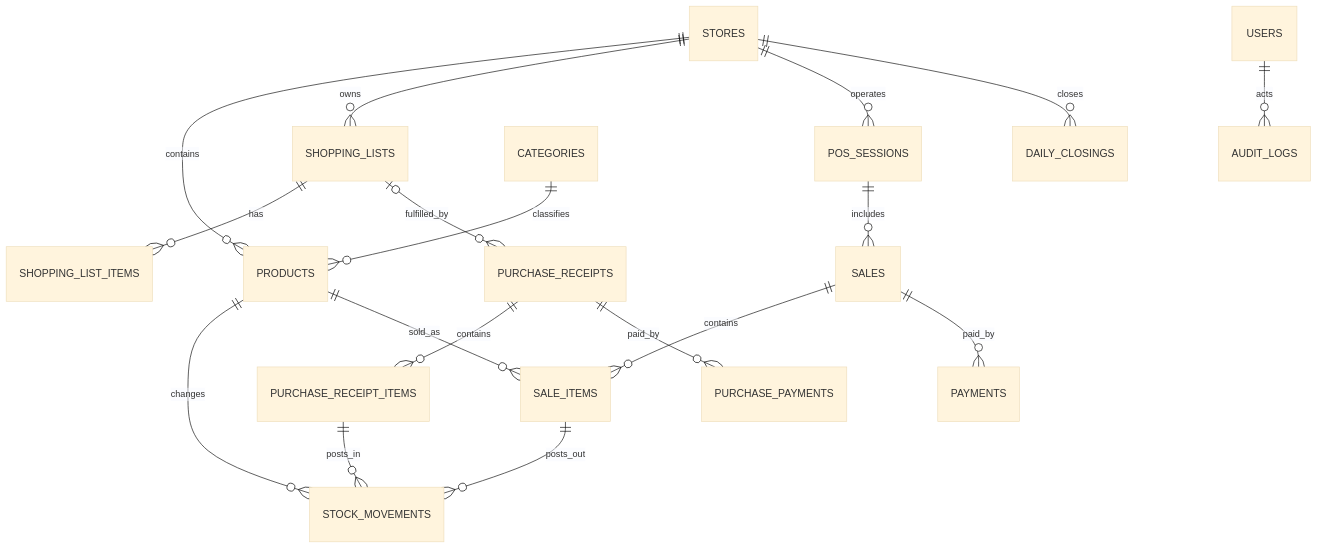
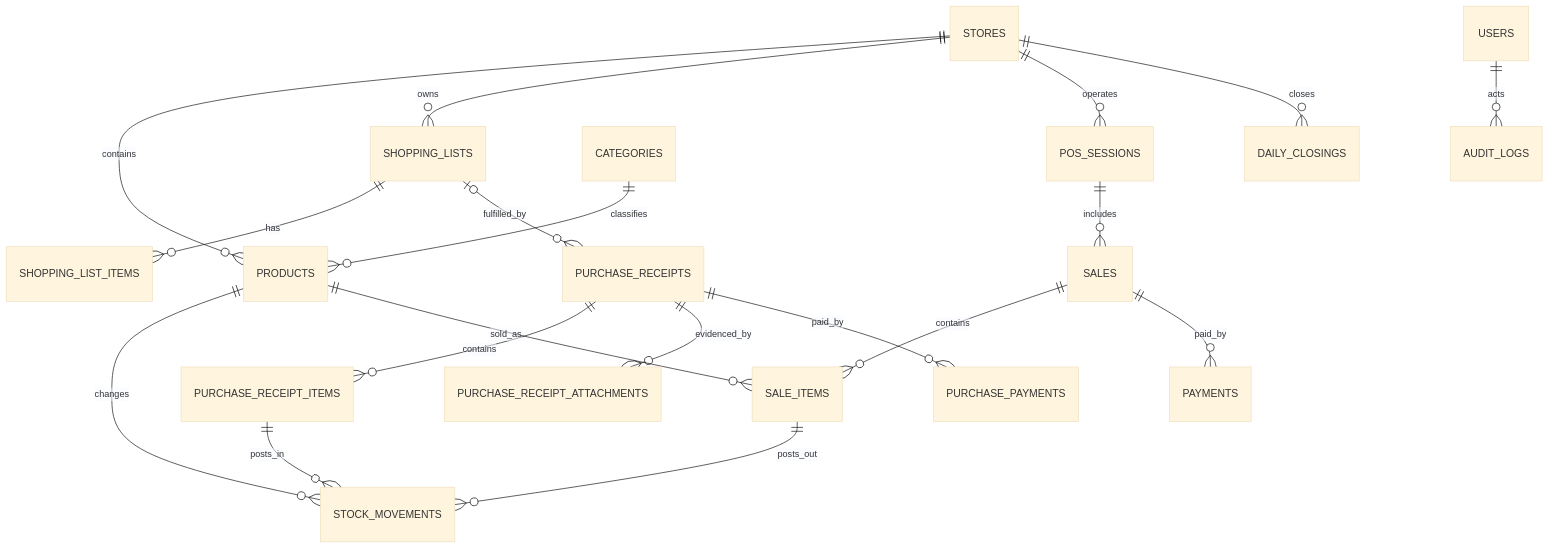
One commit to xpasqa/erp-warandunk changed the diagram in docs/prd/07-data-model.md. Above: the diagram before and after it, drawn with Mermaid (base theme). The commit also changed other lines of this file and 11 other files, not shown here.

Commit message:
docs(prd): update cashier purchase entry, mandatory receipt and approval workflow

````diff
--- a/docs/prd/07-data-model.md
+++ b/docs/prd/07-data-model.md
@@ -46,20 +47,21 @@
 ```mermaid
 erDiagram
     STORES ||--o{ PRODUCTS : contains
     STORES ||--o{ SHOPPING_LISTS : owns
     STORES ||--o{ POS_SESSIONS : operates
     CATEGORIES ||--o{ PRODUCTS : classifies
     SHOPPING_LISTS ||--o{ SHOPPING_LIST_ITEMS : has
     SHOPPING_LISTS o|--o{ PURCHASE_RECEIPTS : fulfilled_by
     PURCHASE_RECEIPTS ||--o{ PURCHASE_RECEIPT_ITEMS : contains
+    PURCHASE_RECEIPTS ||--o{ PURCHASE_RECEIPT_ATTACHMENTS : evidenced_by
     PURCHASE_RECEIPTS ||--o{ PURCHASE_PAYMENTS : paid_by
     PRODUCTS ||--o{ STOCK_MOVEMENTS : changes
     PURCHASE_RECEIPT_ITEMS ||--o{ STOCK_MOVEMENTS : posts_in
     POS_SESSIONS ||--o{ SALES : includes
     SALES ||--o{ SALE_ITEMS : contains
     SALES ||--o{ PAYMENTS : paid_by
     PRODUCTS ||--o{ SALE_ITEMS : sold_as
     SALE_ITEMS ||--o{ STOCK_MOVEMENTS : posts_out
     STORES ||--o{ DAILY_CLOSINGS : closes
     USERS ||--o{ AUDIT_LOGS : acts
 ```
````
